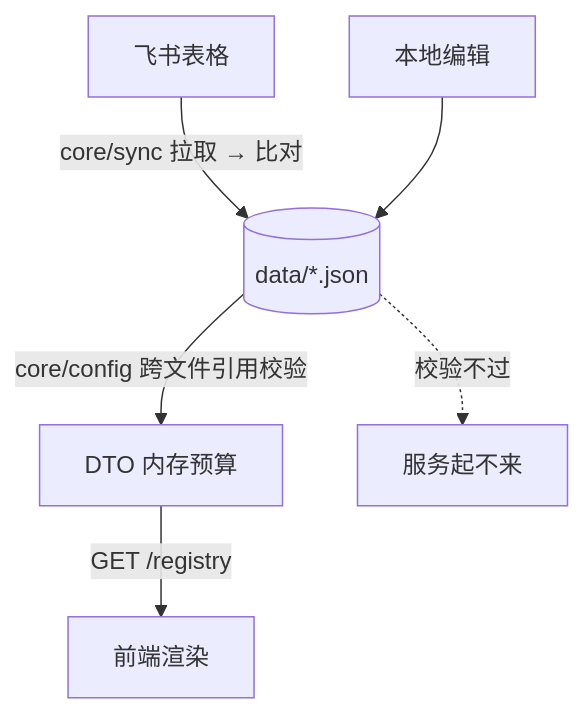
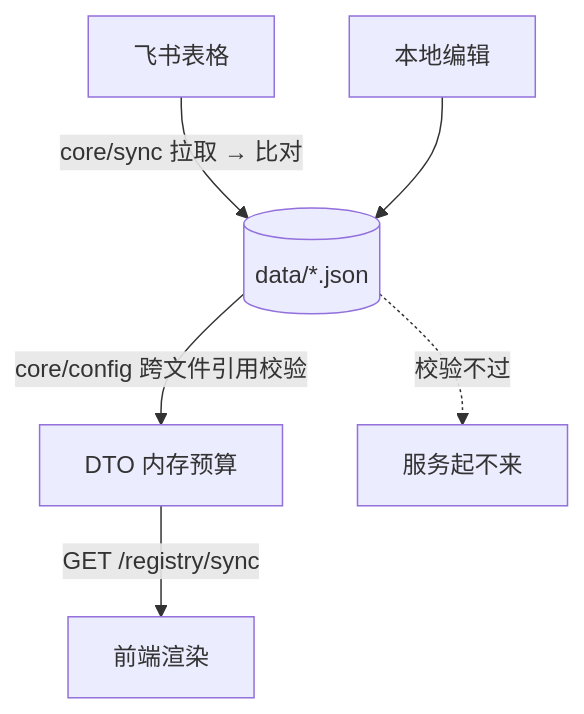
Before and after one commit to lanigon/pause: the first of 5 diagrams in ARCHITECTURE.md, drawn with Mermaid. The commit also changed other lines of this file and 6 other files, not shown here.

````diff
--- a/ARCHITECTURE.md
+++ b/ARCHITECTURE.md
@@ -117,8 +119,8 @@
 ```mermaid
 flowchart TB
     LARK["飞书表格"] -->|core/sync 拉取 → 比对| DATA[("data/*.json")]
     EDIT["本地编辑"] --> DATA
     DATA -->|core/config 跨文件引用校验| DTO["DTO 内存预算"]
-    DTO -->|"GET /registry"| UI["前端渲染"]
+    DTO -->|"GET /registry/sync"| UI["前端渲染"]
     DATA -.校验不过.-> STOP["服务起不来"]
 ```
````
